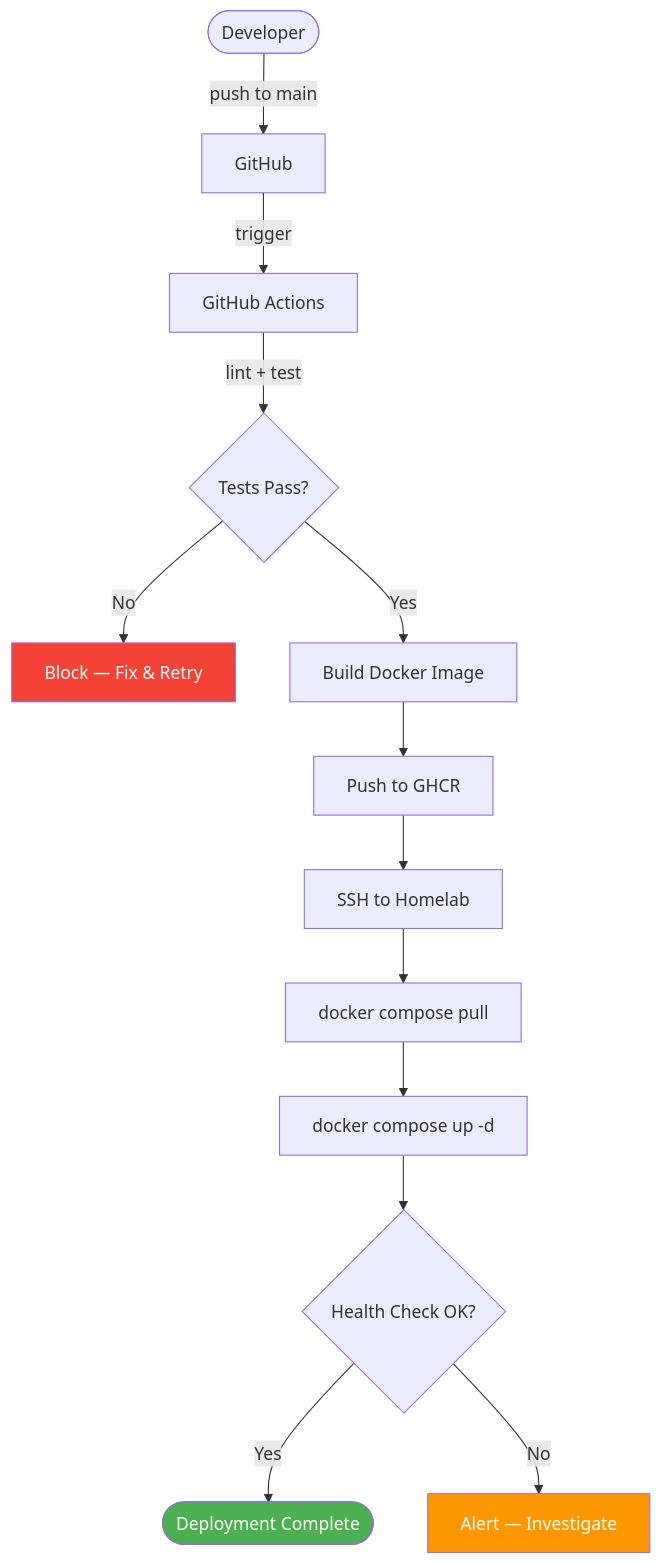
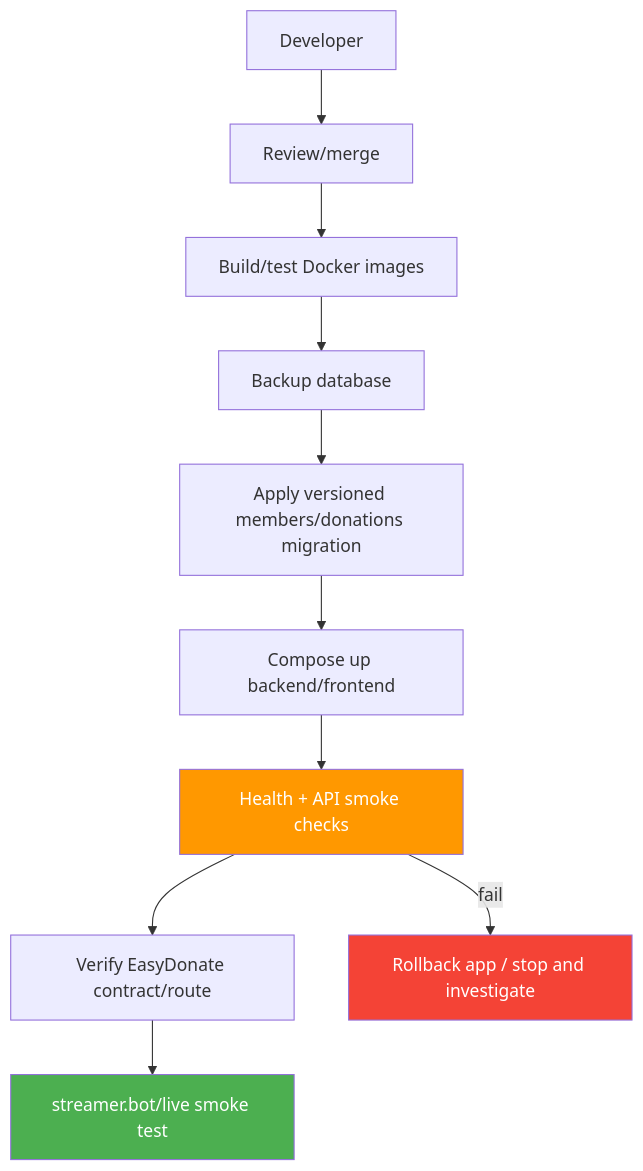
Before and after one commit to oat431/document_template: the diagram in external_spec/deerngo_bot/05_devops/052_deployment_plan.md, drawn with Mermaid. The commit also changed other lines of this file and 32 other files, not shown here.

````diff
--- a/external_spec/deerngo_bot/05_devops/052_deployment_plan.md
+++ b/external_spec/deerngo_bot/05_devops/052_deployment_plan.md
@@ -65,19 +47,16 @@
 ```mermaid
 flowchart TD
-    DEV([Developer]) -->|push to main| GH[GitHub]
-    GH -->|trigger| CI[GitHub Actions]
-    CI -->|lint + test| TEST{Tests Pass?}
-    TEST -->|No| FAIL[Block — Fix & Retry]
-    TEST -->|Yes| BUILD[Build Docker Image]
-    BUILD --> PUSH[Push to GHCR]
-    PUSH --> SSH[SSH to Homelab]
-    SSH --> PULL[docker compose pull]
-    PULL --> UP[docker compose up -d]
-    UP --> HEALTH{Health Check OK?}
-    HEALTH -->|Yes| DONE([Deployment Complete])
-    HEALTH -->|No| ALERT[Alert — Investigate]
+    DEV[Developer] --> PR[Review/merge]
+    PR --> BUILD[Build/test Docker images]
+    BUILD --> BACKUP[Backup database]
+    BACKUP --> MIGRATE[Apply versioned members/donations migration]
+    MIGRATE --> UP[Compose up backend/frontend]
+    UP --> HEALTH[Health + API smoke checks]
+    HEALTH --> PROVIDER[Verify EasyDonate contract/route]
+    PROVIDER --> LIVE[streamer.bot/live smoke test]
+    HEALTH -->|fail| ROLLBACK[Rollback app / stop and investigate]
 
-    style DONE fill:#4CAF50,color:#fff
-    style FAIL fill:#f44336,color:#fff
-    style ALERT fill:#FF9800,color:#fff
+    style HEALTH fill:#FF9800,color:#fff
+    style LIVE fill:#4CAF50,color:#fff
+    style ROLLBACK fill:#f44336,color:#fff
 ```
````
